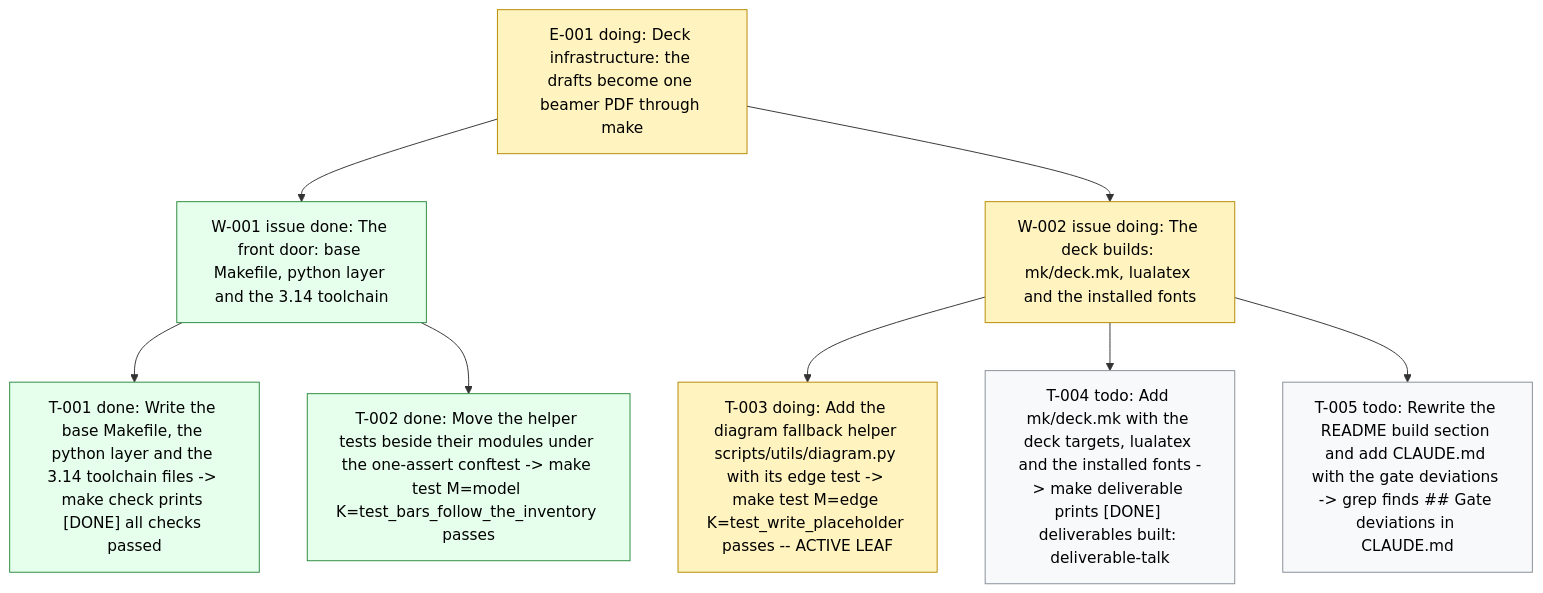
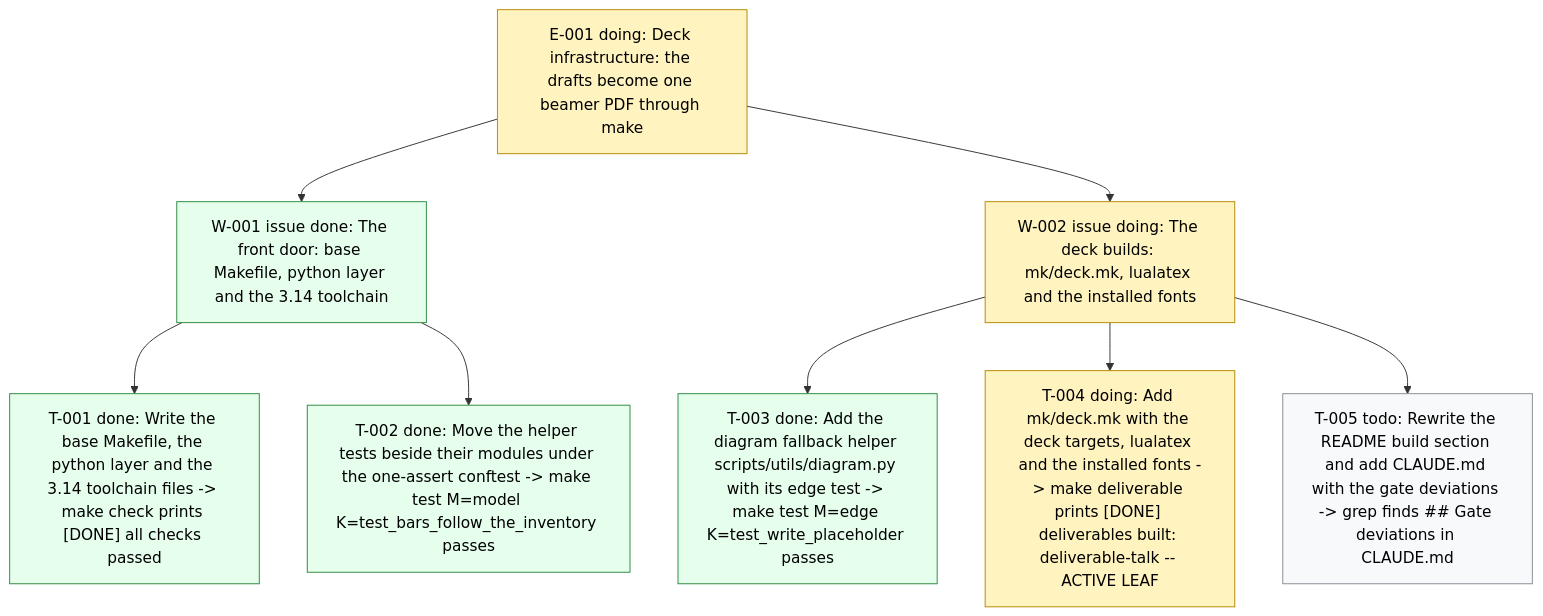
One commit to dpopchev/chaos-to-simple changed the diagram in .board/BOARD.md. Above: the diagram before and after it, drawn with Mermaid. The commit also changed other lines of this file and 2 other files, not shown here.

Commit message:
chore(board): close T-003, start T-004
Refs: W-002 T-003 T-004

````diff
--- a/.board/BOARD.md
+++ b/.board/BOARD.md
@@ -14,19 +14,19 @@
 ```mermaid
 flowchart TD
   E001["E-001 doing: Deck infrastructure: the drafts become one beamer PDF through make"]
   E001 --> W001["W-001 issue done: The front door: base Makefile, python layer and the 3.14 toolchain"]
   W001 --> T001["T-001 done: Write the base Makefile, the python layer and the 3.14 toolchain files -> make check prints [DONE] all checks passed"]
   W001 --> T002["T-002 done: Move the helper tests beside their modules under the one-assert conftest -> make test M=model K=test_bars_follow_the_inventory passes"]
   E001 --> W002["W-002 issue doing: The deck builds: mk/deck.mk, lualatex and the installed fonts"]
-  W002 --> T003["T-003 doing: Add the diagram fallback helper scripts/utils/diagram.py with its edge test -> make test M=edge K=test_write_placeholder passes -- ACTIVE LEAF"]
-  W002 --> T004["T-004 todo: Add mk/deck.mk with the deck targets, lualatex and the installed fonts -> make deliverable prints [DONE] deliverables built: deliverable-talk"]
+  W002 --> T003["T-003 done: Add the diagram fallback helper scripts/utils/diagram.py with its edge test -> make test M=edge K=test_write_placeholder passes"]
+  W002 --> T004["T-004 doing: Add mk/deck.mk with the deck targets, lualatex and the installed fonts -> make deliverable prints [DONE] deliverables built: deliverable-talk -- ACTIVE LEAF"]
   W002 --> T005["T-005 todo: Rewrite the README build section and add CLAUDE.md with the gate deviations -> grep finds ## Gate deviations in CLAUDE.md"]
   classDef doing fill:#fff3bf,stroke:#b58900,color:#000;
   classDef blocked fill:#ffe3e3,stroke:#c92a2a,color:#000;
   classDef done fill:#e6ffed,stroke:#2b8a3e,color:#000;
   classDef todo fill:#f8f9fa,stroke:#868e96,color:#000;
   classDef pruned fill:#f1f3f5,stroke:#adb5bd,color:#000;
-  class E001,W002,T003 doing
-  class W001,T001,T002 done
-  class T004,T005 todo
+  class E001,W002,T004 doing
+  class W001,T001,T002,T003 done
+  class T005 todo
 ```
````
